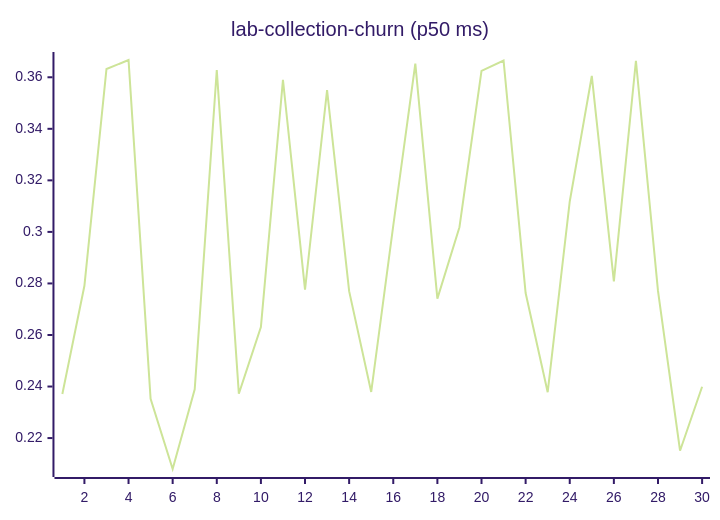
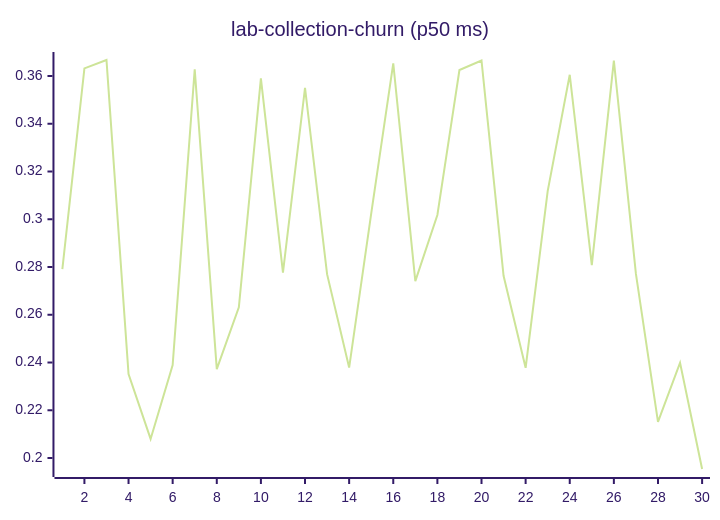
One commit to josha/Facet changed diagram 11 of 27 in README.md. Above: the diagram before and after it, drawn with Mermaid (forest theme). The commit also changed other lines of this file and 2 other files, not shown here.

````diff
--- a/README.md
+++ b/README.md
@@ -133,6 +133,6 @@
 ```mermaid
 xychart-beta
     title "lab-collection-churn (p50 ms)"
     x-axis 1 --> 30
-    line [0.2371, 0.2791, 0.3632, 0.3667, 0.2352, 0.2080, 0.2389, 0.3628, 0.2372, 0.2631, 0.3590, 0.2776, 0.3550, 0.2770, 0.2379, 0.3024, 0.3653, 0.2741, 0.3018, 0.3625, 0.3665, 0.2763, 0.2378, 0.3118, 0.3605, 0.2808, 0.3664, 0.2771, 0.2151, 0.2399]
+    line [0.2791, 0.3632, 0.3667, 0.2352, 0.2080, 0.2389, 0.3628, 0.2372, 0.2631, 0.3590, 0.2776, 0.3550, 0.2770, 0.2379, 0.3024, 0.3653, 0.2741, 0.3018, 0.3625, 0.3665, 0.2763, 0.2378, 0.3118, 0.3605, 0.2808, 0.3664, 0.2771, 0.2151, 0.2399, 0.1954]
 ```
````
